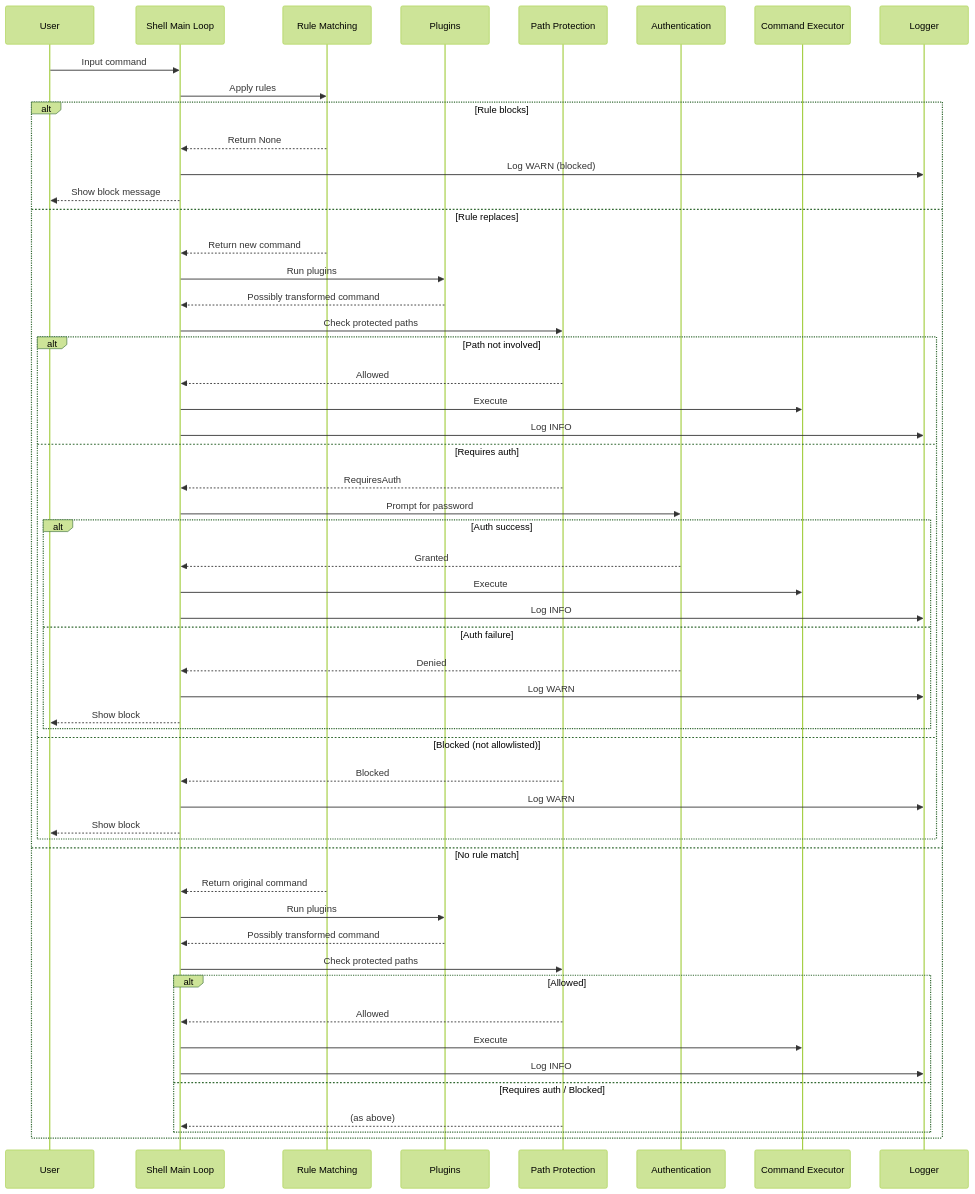
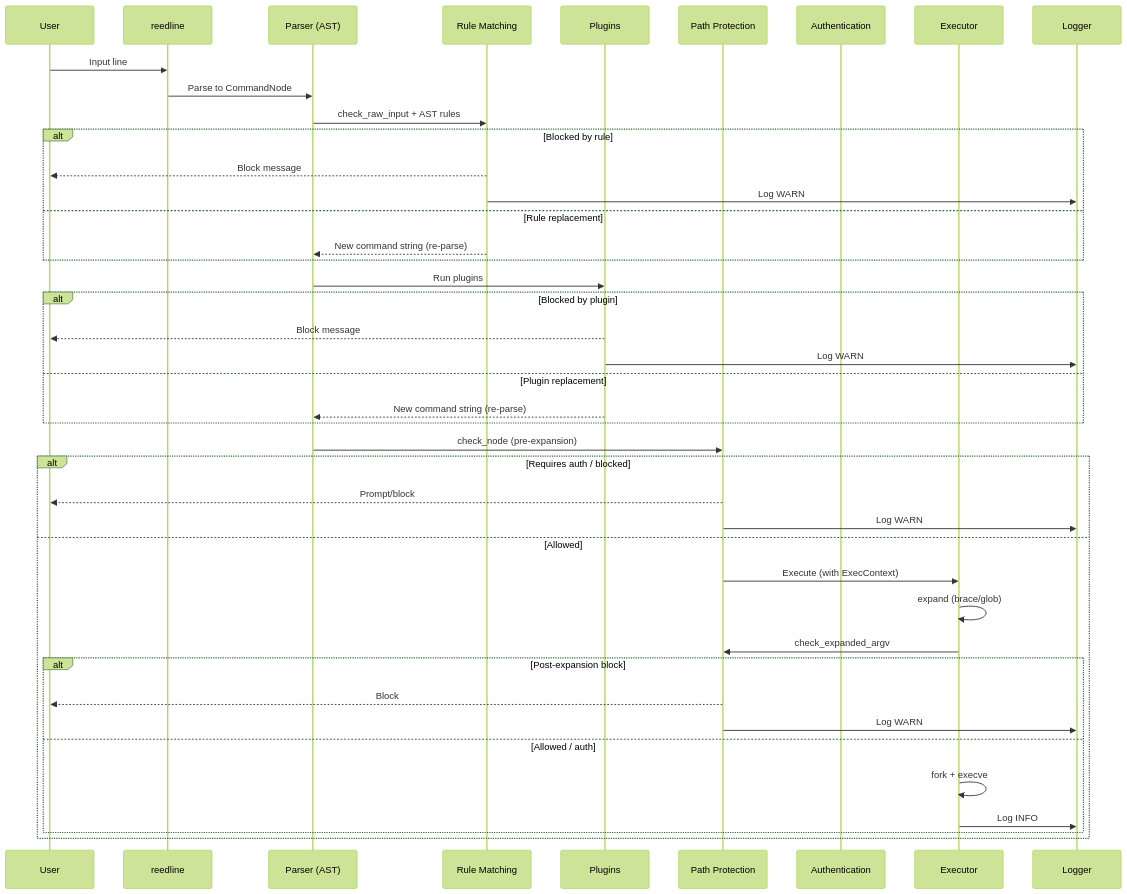
Before and after one commit to Geekstrange/Deeprotection: the second of 2 diagrams in ARCHITECTURE.md, drawn with Mermaid (forest theme). The commit also changed other lines of this file and 9 other files, not shown here.

````diff
--- a/ARCHITECTURE.md
+++ b/ARCHITECTURE.md
@@ -216,57 +188,45 @@
 ```mermaid
 sequenceDiagram
     participant U as User
-    participant S as Shell Main Loop
-    participant R as Rule Matching
-    participant P as Plugins
+    participant R as reedline
+    participant P as Parser (AST)
+    participant RM as Rule Matching
+    participant PL as Plugins
     participant PP as Path Protection
     participant A as Authentication
-    participant E as Command Executor
+    participant E as Executor
     participant L as Logger
 
-    U->>S: Input command
-    S->>R: Apply rules
-    alt Rule blocks
-        R-->>S: Return None
-        S->>L: Log WARN (blocked)
-        S-->>U: Show block message
-    else Rule replaces
-        R-->>S: Return new command
-        S->>P: Run plugins
-        P-->>S: Possibly transformed command
-        S->>PP: Check protected paths
-        alt Path not involved
-            PP-->>S: Allowed
-            S->>E: Execute
-            S->>L: Log INFO
-        else Requires auth
-            PP-->>S: RequiresAuth
-            S->>A: Prompt for password
-            alt Auth success
-                A-->>S: Granted
-                S->>E: Execute
-                S->>L: Log INFO
-            else Auth failure
-                A-->>S: Denied
-                S->>L: Log WARN
-                S-->>U: Show block
-            end
-        else Blocked (not allowlisted)
-            PP-->>S: Blocked
-            S->>L: Log WARN
-            S-->>U: Show block
-        end
-    else No rule match
-        R-->>S: Return original command
-        S->>P: Run plugins
-        P-->>S: Possibly transformed command
-        S->>PP: Check protected paths
-        alt Allowed
-            PP-->>S: Allowed
-            S->>E: Execute
-            S->>L: Log INFO
-        else Requires auth / Blocked
-            PP-->>S: (as above)
+    U->>R: Input line
+    R->>P: Parse to CommandNode
+    P->>RM: check_raw_input + AST rules
+    alt Blocked by rule
+        RM-->>U: Block message
+        RM->>L: Log WARN
+    else Rule replacement
+        RM-->>P: New command string (re‑parse)
+    end
+    P->>PL: Run plugins
+    alt Blocked by plugin
+        PL-->>U: Block message
+        PL->>L: Log WARN
+    else Plugin replacement
+        PL-->>P: New command string (re‑parse)
+    end
+    P->>PP: check_node (pre‑expansion)
+    alt Requires auth / blocked
+        PP-->>U: Prompt/block
+        PP->>L: Log WARN
+    else Allowed
+        PP->>E: Execute (with ExecContext)
+        E->>E: expand (brace/glob)
+        E->>PP: check_expanded_argv
+        alt Post‑expansion block
+            PP-->>U: Block
+            PP->>L: Log WARN
+        else Allowed / auth
+            E->>E: fork + execve
+            E->>L: Log INFO
         end
     end
 ```
````
